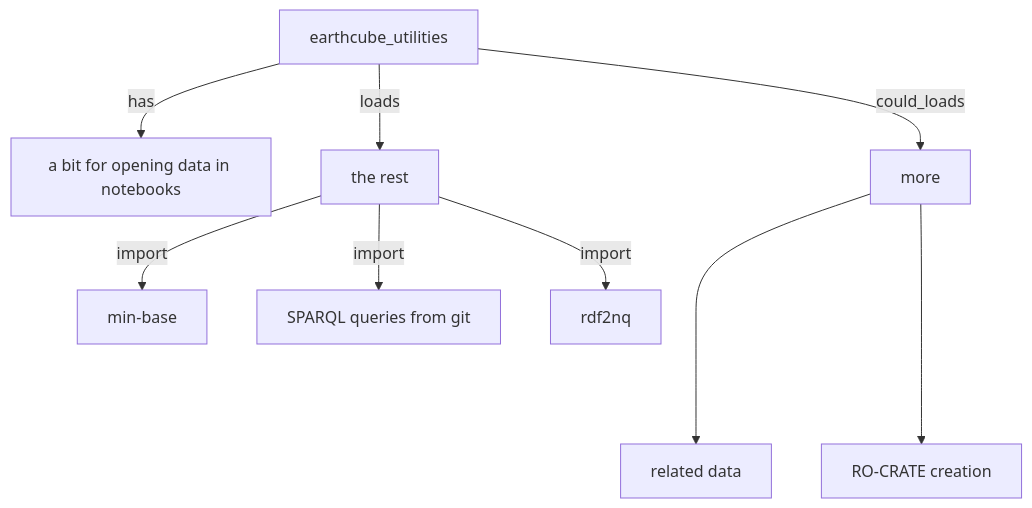
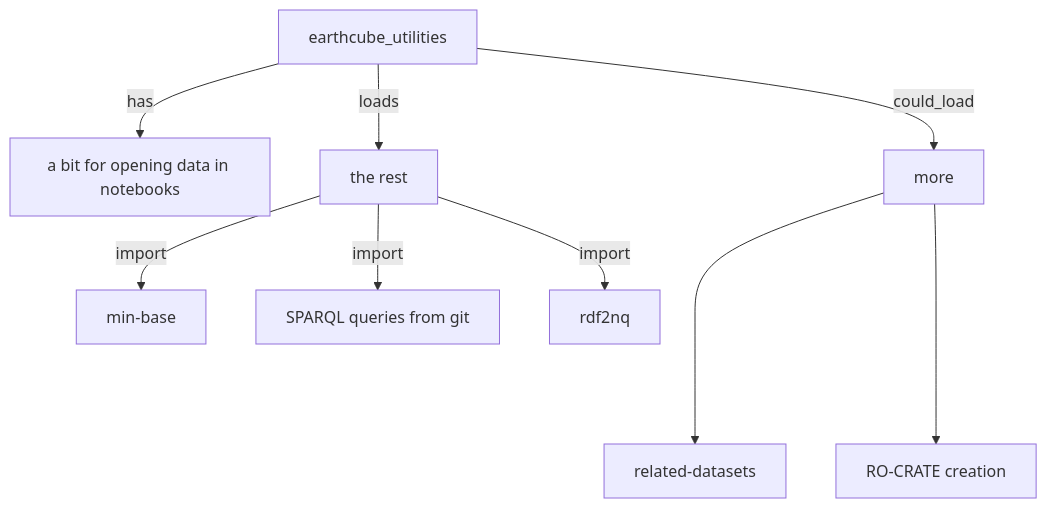
One commit to earthcube/earthcube_utilities changed the diagram in earthcube_utilities/docs/sm.md. Above: the diagram before and after it, drawn with Mermaid.

Commit message:
Update sm.md
small edit

````diff
--- a/earthcube_utilities/docs/sm.md
+++ b/earthcube_utilities/docs/sm.md
@@ -7,11 +7,11 @@
 ```mermaid
 flowchart TD;
 U[earthcube_utilities]  -- has --> R[a bit for opening data in notebooks];
 U -- loads --> TR[the rest]
 TR -- import --> MB[min-base];
 TR -- import --> query[SPARQL queries from git];
 TR -- import --> R2[rdf2nq];
-U -- could_loads --> TR2[more];
-TR2 ----> RD[related data];
+U -- could_load --> TR2[more];
+TR2 ----> RD[related-datasets];
 TR2 ----> RC[RO-CRATE creation];
 ``` 
````
